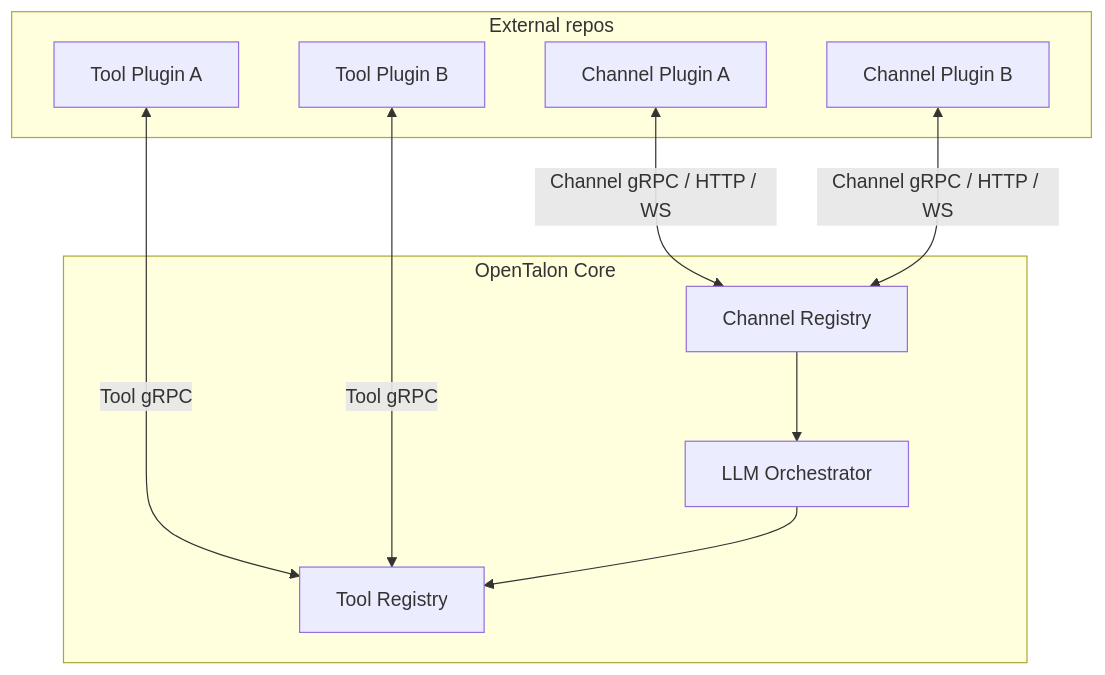
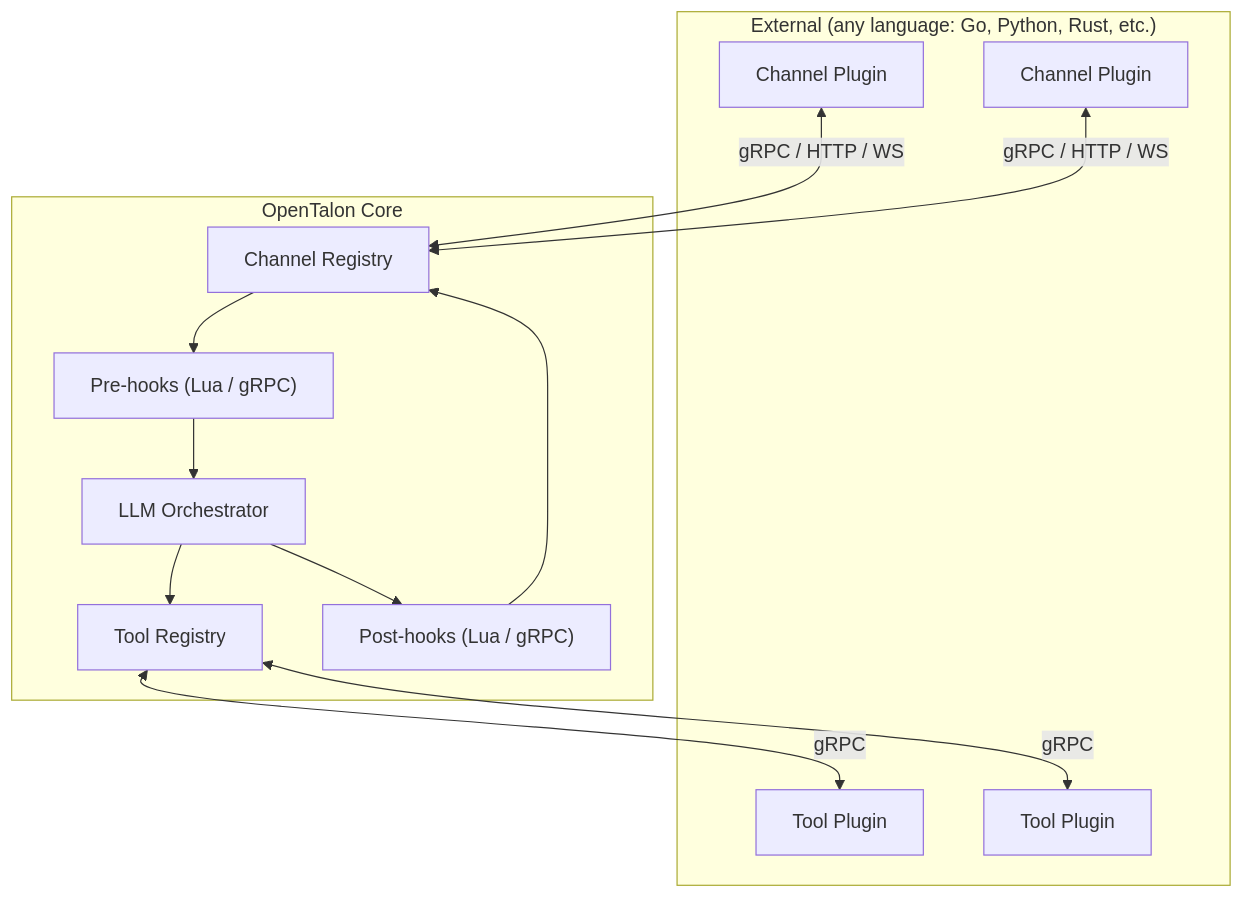
One commit to opentalon/opentalon changed the third of 4 diagrams in README.md. Above: the diagram before and after it, drawn with Mermaid. The commit also changed other lines of this file, not shown here.

````diff
--- a/README.md
+++ b/README.md
@@ -223,22 +134,27 @@
 ```mermaid
 flowchart TD
-    subgraph external ["External repos"]
-        ChA["Channel Plugin A"]
-        ChB["Channel Plugin B"]
-        ToolA["Tool Plugin A"]
-        ToolB["Tool Plugin B"]
+    subgraph external ["External (any language: Go, Python, Rust, etc.)"]
+        ToolA["Tool Plugin"]
+        ToolB["Tool Plugin"]
+        ChA["Channel Plugin"]
+        ChB["Channel Plugin"]
     end
 
     subgraph core [OpenTalon Core]
+        PreHooks["Pre-hooks (Lua / gRPC)"]
         ChannelReg[Channel Registry]
         Orch[LLM Orchestrator]
         ToolReg[Tool Registry]
+        PostHooks["Post-hooks (Lua / gRPC)"]
     end
 
-    ChA <-->|"Channel gRPC / HTTP / WS"| ChannelReg
-    ChB <-->|"Channel gRPC / HTTP / WS"| ChannelReg
-    ToolA <-->|"Tool gRPC"| ToolReg
-    ToolB <-->|"Tool gRPC"| ToolReg
-    ChannelReg --> Orch
+    ChA <-->|"gRPC / HTTP / WS"| ChannelReg
+    ChB <-->|"gRPC / HTTP / WS"| ChannelReg
+    ChannelReg --> PreHooks
+    PreHooks --> Orch
     Orch --> ToolReg
+    ToolReg <-->|gRPC| ToolA
+    ToolReg <-->|gRPC| ToolB
+    Orch --> PostHooks
+    PostHooks --> ChannelReg
 ```
````
